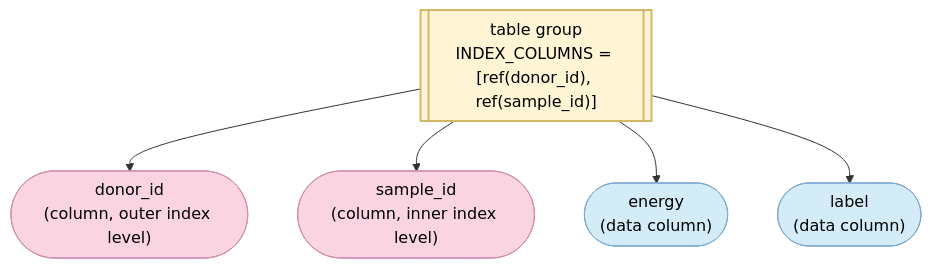
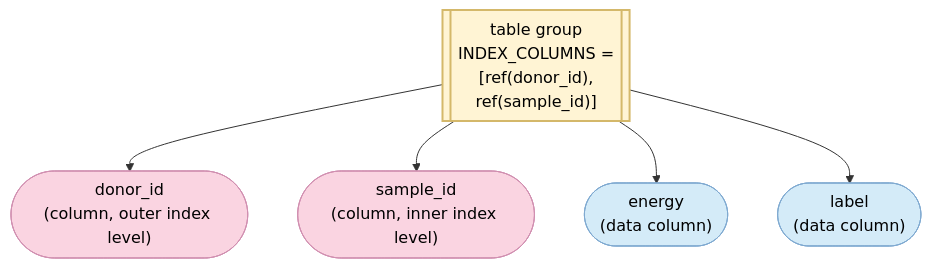
The fifth of 7 diagrams in HEP001/index.md (HDFAlliance/heps), drawn with Mermaid before and after one commit. The commit also changed other lines of this file, not shown here.

````diff
--- a/HEP001/index.md
+++ b/HEP001/index.md
@@ -928,16 +931,16 @@
 ```{mermaid}
 graph TD
-  TG[["table group<br/>INDEX_COLUMNS = [ref(donor_id), ref(sample_id)]"]]
+  TG[["table group<br/>INDEX_COLUMNS =<br>[ref(donor_id),<br>ref(sample_id)]"]]
   TG --> c1(["donor_id<br/>(column, outer index level)"])
   TG --> c2(["sample_id<br/>(column, inner index level)"])
   TG --> c3(["energy<br/>(data column)"])
   TG --> c4(["label<br/>(data column)"])
 
   classDef tableGroup fill:#FFF4D4,stroke:#D4B86A,stroke-width:2px,color:#000
   classDef dataCol    fill:#D4EBF8,stroke:#7FA9D0,stroke-width:1px,color:#000
   classDef indexCol   fill:#FAD4E1,stroke:#D08FB0,stroke-width:1px,color:#000
 
   class TG tableGroup
   class c1,c2 indexCol
   class c3,c4 dataCol
 ```
````
